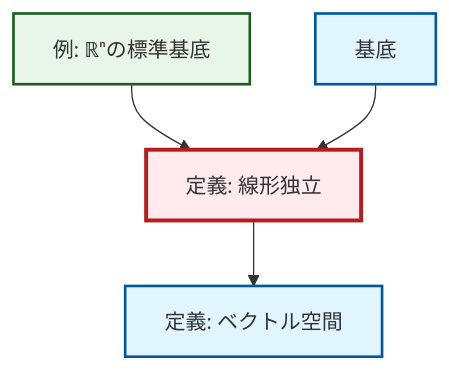
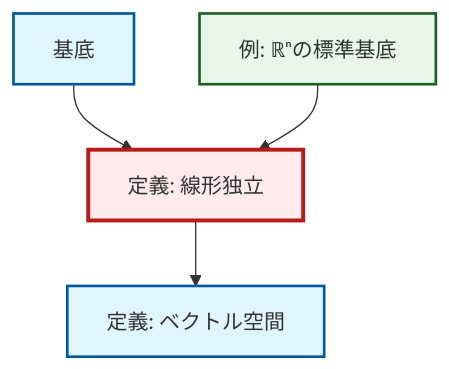
The diagram in content/ja/algebra/def-linear-independence.qmd (RK0429/ModernMath), drawn with Mermaid before and after one commit. The commit also changed other lines of this file and 1012 other files, not shown here.

````diff
--- a/content/ja/algebra/def-linear-independence.qmd
+++ b/content/ja/algebra/def-linear-independence.qmd
@@ -46,20 +46,20 @@
 ```{mermaid}
 %%| fig-cap: "Local dependency graph"
 graph TD
     classDef definition fill:#e1f5fe,stroke:#01579b,stroke-width:2px
     classDef theorem fill:#f3e5f5,stroke:#4a148c,stroke-width:2px
     classDef axiom fill:#fff3e0,stroke:#e65100,stroke-width:2px
     classDef example fill:#e8f5e9,stroke:#1b5e20,stroke-width:2px
     classDef current fill:#ffebee,stroke:#b71c1c,stroke-width:3px
     def-basis["基底"]:::definition
-    def-linear-independence["定義: 線形独立"]:::definition
     ex-standard-basis-rn["例: ℝⁿの標準基底"]:::example
     def-vector-space["定義: ベクトル空間"]:::definition
+    def-linear-independence["定義: 線形独立"]:::definition
+    def-basis --> def-linear-independence
     def-linear-independence --> def-vector-space
     ex-standard-basis-rn --> def-linear-independence
-    def-basis --> def-linear-independence
     class def-linear-independence current
     click def-basis "def-basis.html" "基底へ"
     click ex-standard-basis-rn "ex-standard-basis-rn.html" "ℝⁿの標準基底の例へ"
     click def-vector-space "def-vector-space.html" "ベクトル空間の定義へ"
 ```
````
